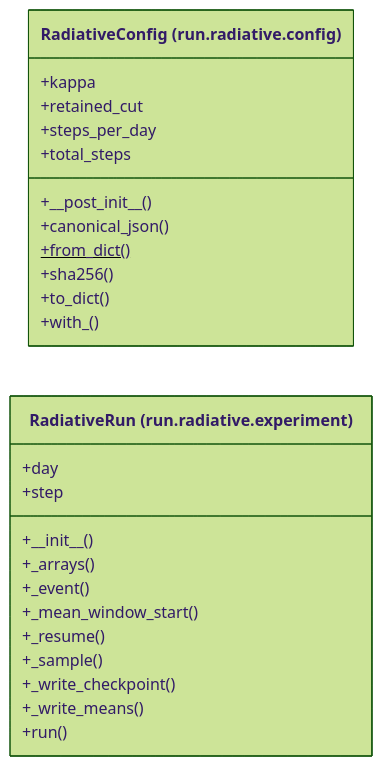
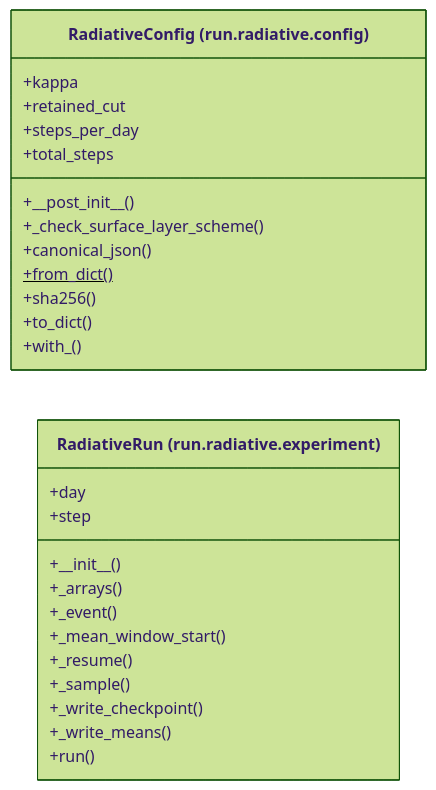
The second of 2 diagrams in docs/architecture/current/packages/tropoi.run.radiative.md (AlexandreEros/Palintropos), drawn with Mermaid (forest theme) before and after one commit. The commit also changed 29 other files, not shown here.

First line of the commit message:
feat(physics): opt-in Monin-Obukhov surface layer and stability-dependent K

````diff
--- a/docs/architecture/current/packages/tropoi.run.radiative.md
+++ b/docs/architecture/current/packages/tropoi.run.radiative.md
@@ -73,29 +73,30 @@
 ```mermaid
 %% Generated by tools.architecture 2.3.0. Do not edit by hand.
 %% Classes of tropoi.run.radiative
 classDiagram
     direction LR
     class c_tropoi_orun_oradiative_oconfig_oRadiativeConfig["RadiativeConfig (run.radiative.config)"]
     c_tropoi_orun_oradiative_oconfig_oRadiativeConfig : +#95;#95;post#95;init#95;#95;()
+    c_tropoi_orun_oradiative_oconfig_oRadiativeConfig : +#95;check#95;surface#95;layer#95;scheme()
     c_tropoi_orun_oradiative_oconfig_oRadiativeConfig : +canonical#95;json()
     c_tropoi_orun_oradiative_oconfig_oRadiativeConfig : +from#95;dict()$
     c_tropoi_orun_oradiative_oconfig_oRadiativeConfig : +kappa
     c_tropoi_orun_oradiative_oconfig_oRadiativeConfig : +retained#95;cut
     c_tropoi_orun_oradiative_oconfig_oRadiativeConfig : +sha256()
     c_tropoi_orun_oradiative_oconfig_oRadiativeConfig : +steps#95;per#95;day
     c_tropoi_orun_oradiative_oconfig_oRadiativeConfig : +to#95;dict()
     c_tropoi_orun_oradiative_oconfig_oRadiativeConfig : +total#95;steps
     c_tropoi_orun_oradiative_oconfig_oRadiativeConfig : +with#95;()
     class c_tropoi_orun_oradiative_oexperiment_oRadiativeRun["RadiativeRun (run.radiative.experiment)"]
     c_tropoi_orun_oradiative_oexperiment_oRadiativeRun : +#95;#95;init#95;#95;()
     c_tropoi_orun_oradiative_oexperiment_oRadiativeRun : +#95;arrays()
     c_tropoi_orun_oradiative_oexperiment_oRadiativeRun : +#95;event()
     c_tropoi_orun_oradiative_oexperiment_oRadiativeRun : +#95;mean#95;window#95;start()
     c_tropoi_orun_oradiative_oexperiment_oRadiativeRun : +#95;resume()
     c_tropoi_orun_oradiative_oexperiment_oRadiativeRun : +#95;sample()
     c_tropoi_orun_oradiative_oexperiment_oRadiativeRun : +#95;write#95;checkpoint()
     c_tropoi_orun_oradiative_oexperiment_oRadiativeRun : +#95;write#95;means()
     c_tropoi_orun_oradiative_oexperiment_oRadiativeRun : +day
     c_tropoi_orun_oradiative_oexperiment_oRadiativeRun : +run()
     c_tropoi_orun_oradiative_oexperiment_oRadiativeRun : +step
 ```
````
